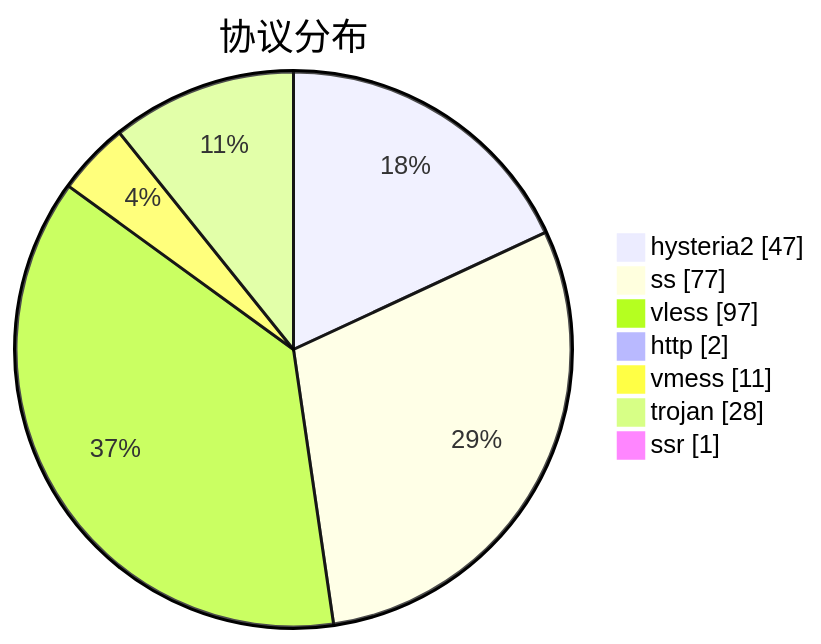
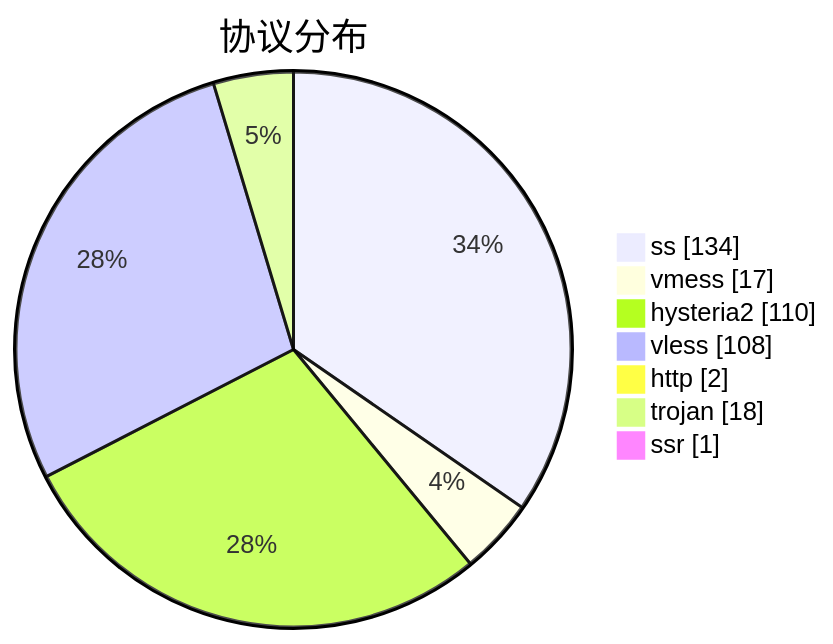
Before and after one commit to sinspired/airport: the third of 3 diagrams in subs/statistics/tested_within.md, drawn with Mermaid. The commit also changed other lines of this file and 2 other files, not shown here.

````diff
--- a/subs/statistics/tested_within.md
+++ b/subs/statistics/tested_within.md
@@ -44,11 +42,11 @@
 ```mermaid
 pie showData
 title 协议分布
-"hysteria2" : 47
-"ss" : 77
-"vless" : 97
+"ss" : 134
+"vmess" : 17
+"hysteria2" : 110
+"vless" : 108
 "http" : 2
-"vmess" : 11
-"trojan" : 28
+"trojan" : 18
 "ssr" : 1
 ```
````
